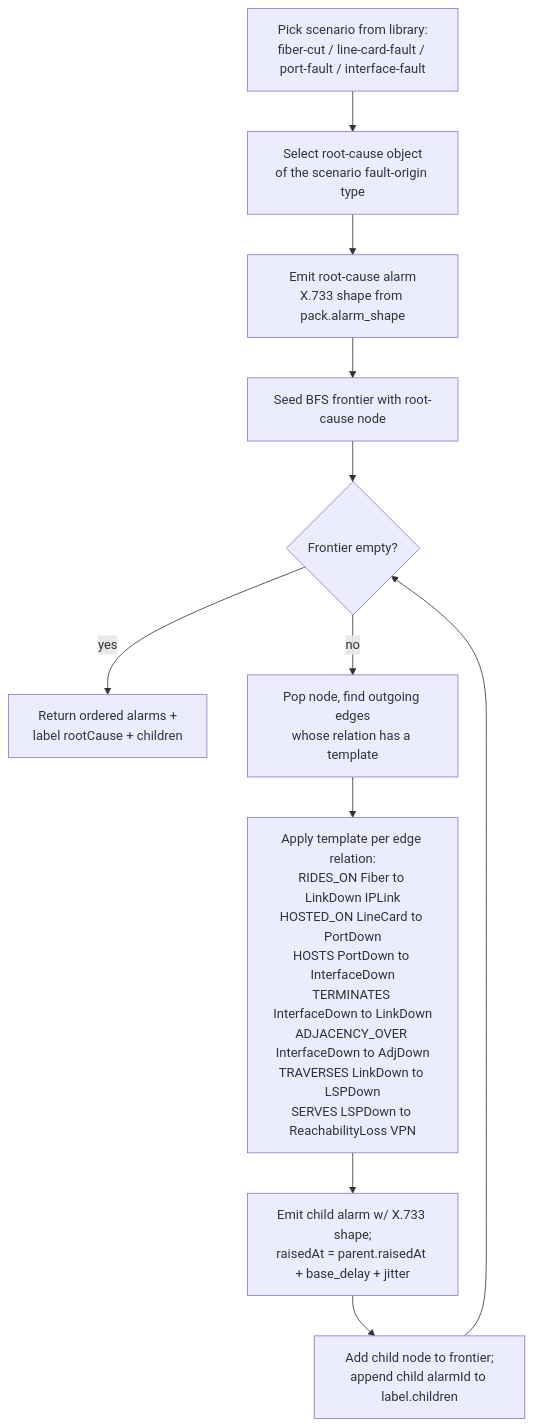
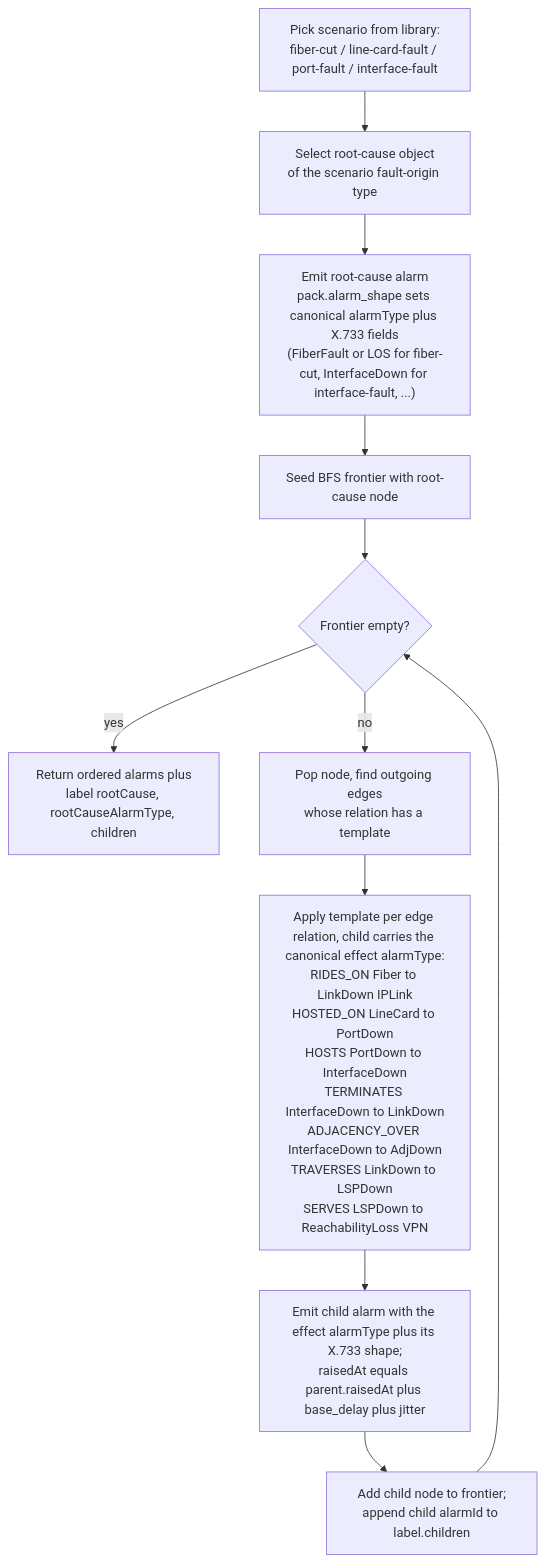
The sixth of 9 diagrams in services/simulator/design.md (nikhilmohan/correlation-platform), drawn with Mermaid before and after one commit. The commit also changed other lines of this file and 1 other file, not shown here.

First line of the commit message:
design(simulator): design-readiness fixes — alarmType, labels rootCauseAlarmType, frozen Topology ingestion

````diff
--- a/services/simulator/design.md
+++ b/services/simulator/design.md
@@ -444,13 +466,13 @@
 ```mermaid
 flowchart TD
   A[Pick scenario from library:<br/>fiber-cut / line-card-fault / port-fault / interface-fault] --> B[Select root-cause object<br/>of the scenario fault-origin type]
-  B --> C[Emit root-cause alarm<br/>X.733 shape from pack.alarm_shape]
+  B --> C["Emit root-cause alarm<br/>pack.alarm_shape sets canonical alarmType plus X.733 fields<br/>(FiberFault or LOS for fiber-cut, InterfaceDown for interface-fault, ...)"]
   C --> D[Seed BFS frontier with root-cause node]
   D --> E{Frontier empty?}
-  E -- yes --> Z[Return ordered alarms +<br/>label rootCause + children]
+  E -- yes --> Z["Return ordered alarms plus<br/>label rootCause, rootCauseAlarmType, children"]
   E -- no --> F[Pop node, find outgoing edges<br/>whose relation has a template]
-  F --> G[Apply template per edge relation:<br/>RIDES_ON Fiber to LinkDown IPLink<br/>HOSTED_ON LineCard to PortDown<br/>HOSTS PortDown to InterfaceDown<br/>TERMINATES InterfaceDown to LinkDown<br/>ADJACENCY_OVER InterfaceDown to AdjDown<br/>TRAVERSES LinkDown to LSPDown<br/>SERVES LSPDown to ReachabilityLoss VPN]
-  G --> H[Emit child alarm w/ X.733 shape;<br/>raisedAt = parent.raisedAt + base_delay + jitter]
+  F --> G["Apply template per edge relation, child carries the canonical effect alarmType:<br/>RIDES_ON Fiber to LinkDown IPLink<br/>HOSTED_ON LineCard to PortDown<br/>HOSTS PortDown to InterfaceDown<br/>TERMINATES InterfaceDown to LinkDown<br/>ADJACENCY_OVER InterfaceDown to AdjDown<br/>TRAVERSES LinkDown to LSPDown<br/>SERVES LSPDown to ReachabilityLoss VPN"]
+  G --> H[Emit child alarm with the effect alarmType plus its X.733 shape;<br/>raisedAt equals parent.raisedAt plus base_delay plus jitter]
   H --> I[Add child node to frontier;<br/>append child alarmId to label.children]
   I --> E
 ```
````
